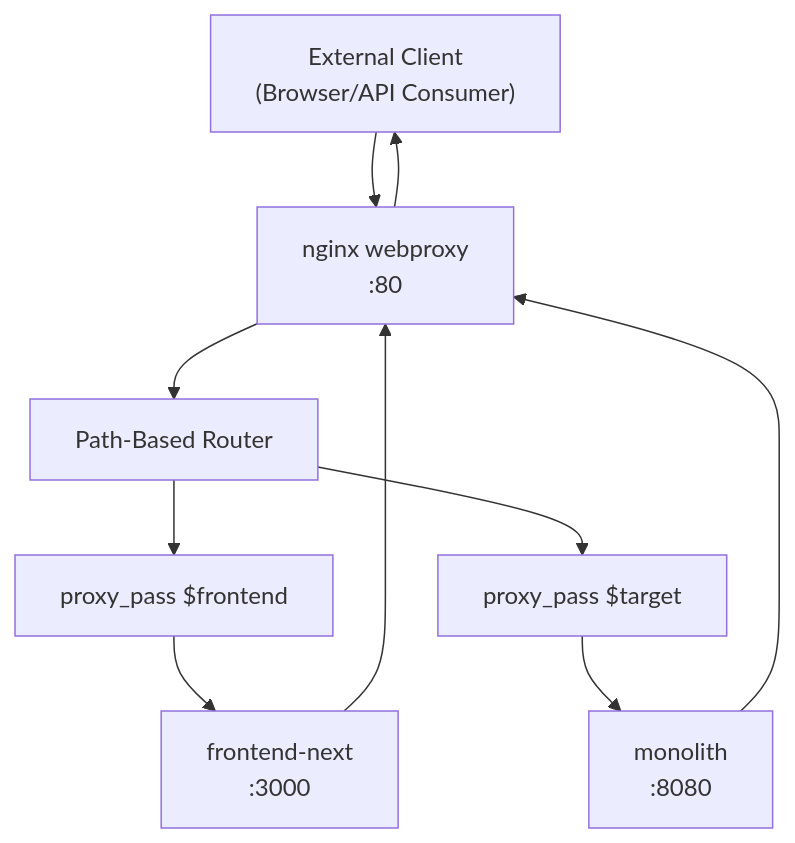
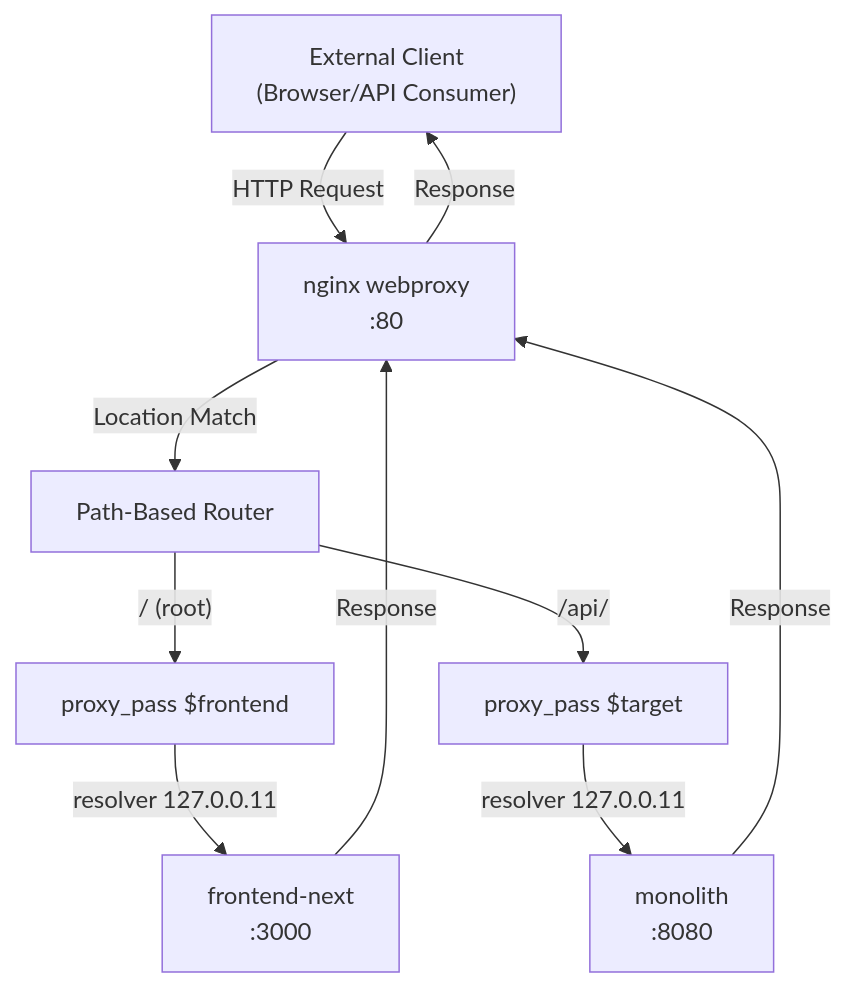
Before and after one commit to philipz/spring-modular-monolith: the first of 5 diagrams in docs/deepwiki/Nginx-Reverse-Proxy.md, drawn with Mermaid. The commit also changed other lines of this file and 55 other files, not shown here.

````diff
--- a/docs/deepwiki/Nginx-Reverse-Proxy.md
+++ b/docs/deepwiki/Nginx-Reverse-Proxy.md
@@ -42,21 +42,21 @@
 ```mermaid
 flowchart TD
 
 Client["External Client<br>(Browser/API Consumer)"]
 Nginx["nginx webproxy<br>:80"]
 Frontend["frontend-next<br>:3000"]
 Monolith["monolith<br>:8080"]
 LocationRouter["Path-Based Router"]
 ProxyFrontend["proxy_pass $frontend"]
 ProxyAPI["proxy_pass $target"]
 
-Client --> Nginx
-Nginx --> LocationRouter
-LocationRouter --> ProxyFrontend
-LocationRouter --> ProxyAPI
-ProxyFrontend --> Frontend
-ProxyAPI --> Monolith
-Frontend --> Nginx
-Monolith --> Nginx
-Nginx --> Client
+Client -->|"HTTP Request"| Nginx
+Nginx -->|"Location Match"| LocationRouter
+LocationRouter -->|"/ (root)"| ProxyFrontend
+LocationRouter -->|"/api/"| ProxyAPI
+ProxyFrontend -->|"resolver 127.0.0.11"| Frontend
+ProxyAPI -->|"resolver 127.0.0.11"| Monolith
+Frontend -->|"Response"| Nginx
+Monolith -->|"Response"| Nginx
+Nginx -->|"Response"| Client
 ```
````
